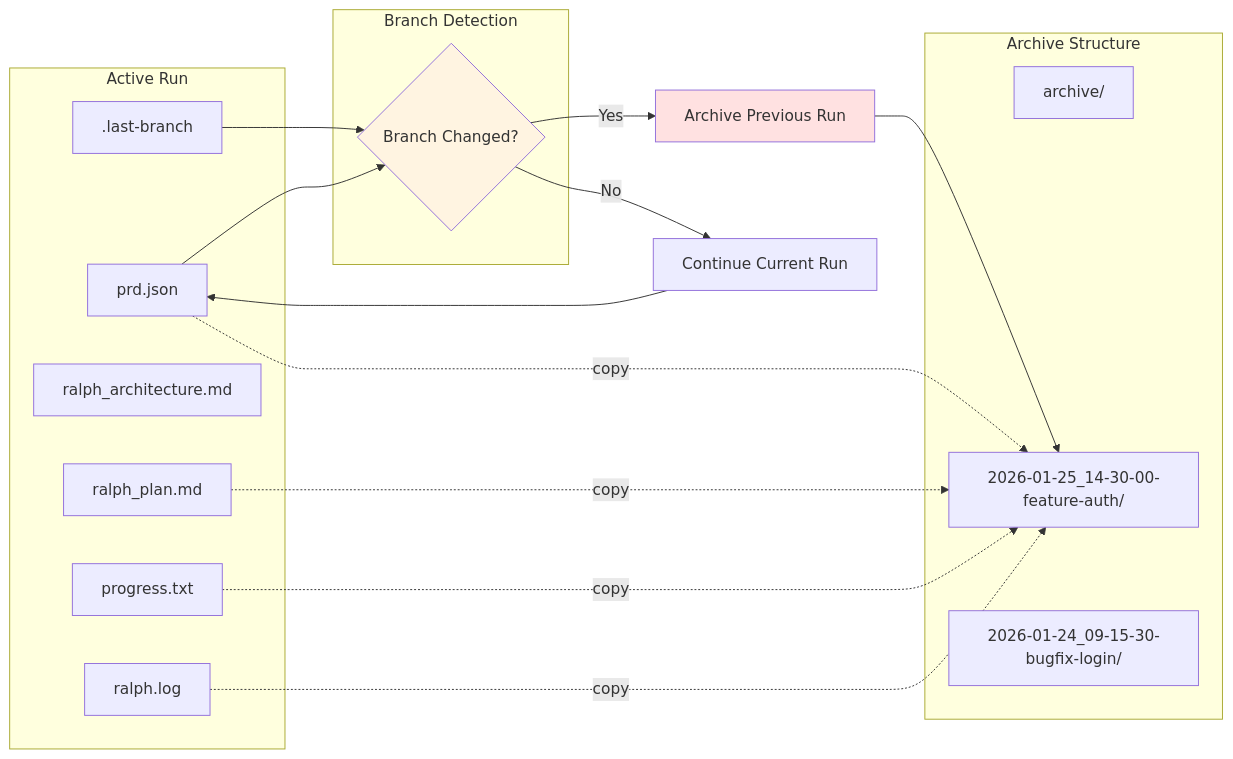
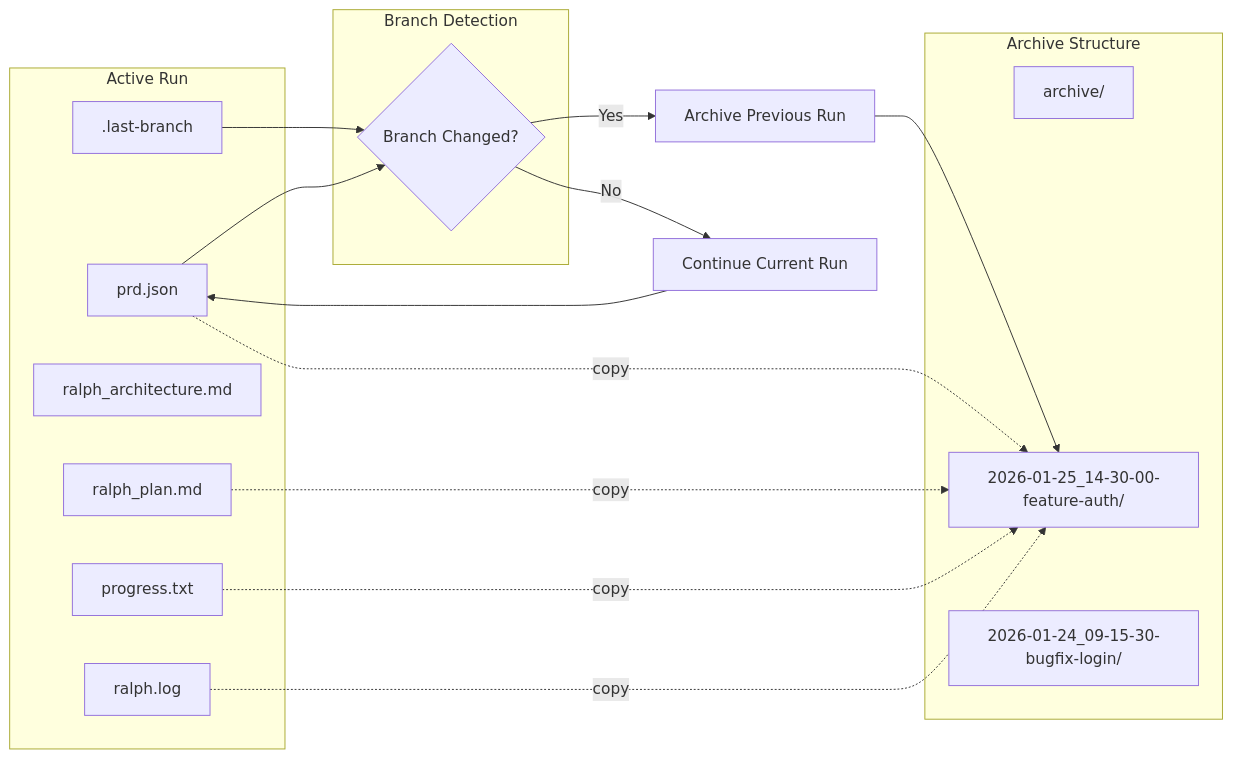
Before and after one commit to WomB0ComB0/ralph: the fifth of 5 diagrams in README.md, drawn with Mermaid. The commit also changed other lines of this file, not shown here.

First line of the commit message:
docs(readme): :memo: Expand architecture diagrams and document Swarm structure

````diff
--- a/README.md
+++ b/README.md
@@ -273,38 +306,36 @@
 ```mermaid
 graph LR
     subgraph "Active Run"
         PRD1[prd.json]
         Plan1[ralph_plan.md]
         Diagram1[ralph_architecture.md]
         Progress1[progress.txt]
         Log1[ralph.log]
         Branch1[.last-branch]
     end
     
     subgraph "Branch Detection"
         Check{Branch Changed?}
     end
     
     subgraph "Archive Structure"
         ArchiveDir[archive/]
         Date1[2026-01-25_14-30-00-feature-auth/]
         Date2[2026-01-24_09-15-30-bugfix-login/]
     end
     
     Branch1 --> Check
     PRD1 --> Check
     
     Check -->|Yes| Archive[Archive Previous Run]
     Check -->|No| Continue[Continue Current Run]
     
     Archive --> Date1
     PRD1 -.copy.-> Date1
     Plan1 -.copy.-> Date1
     Progress1 -.copy.-> Date1
     Log1 -.copy.-> Date1
     
     Continue --> PRD1
 
-    style Check fill:#fff4e1
-    style Archive fill:#ffe1e1
 ```
````
